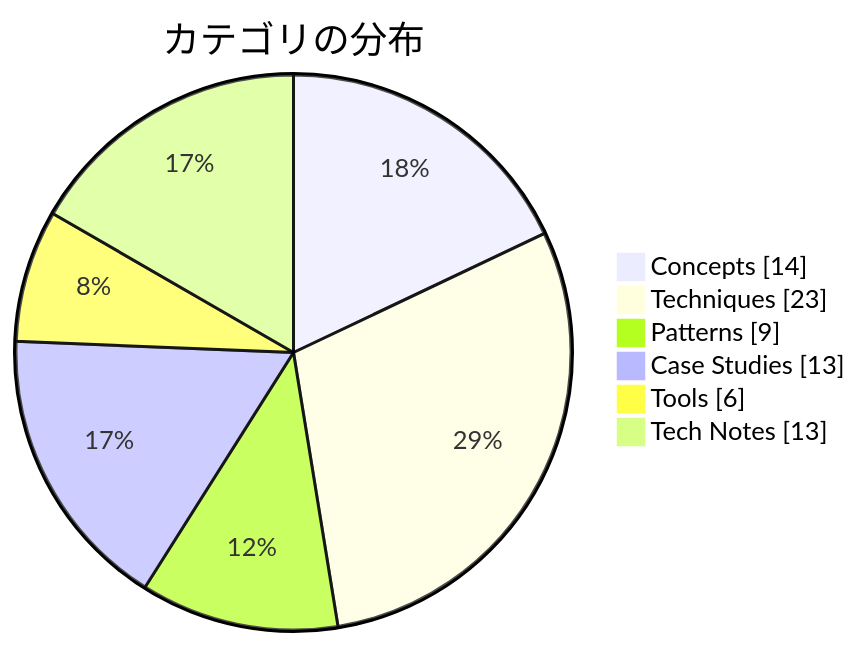
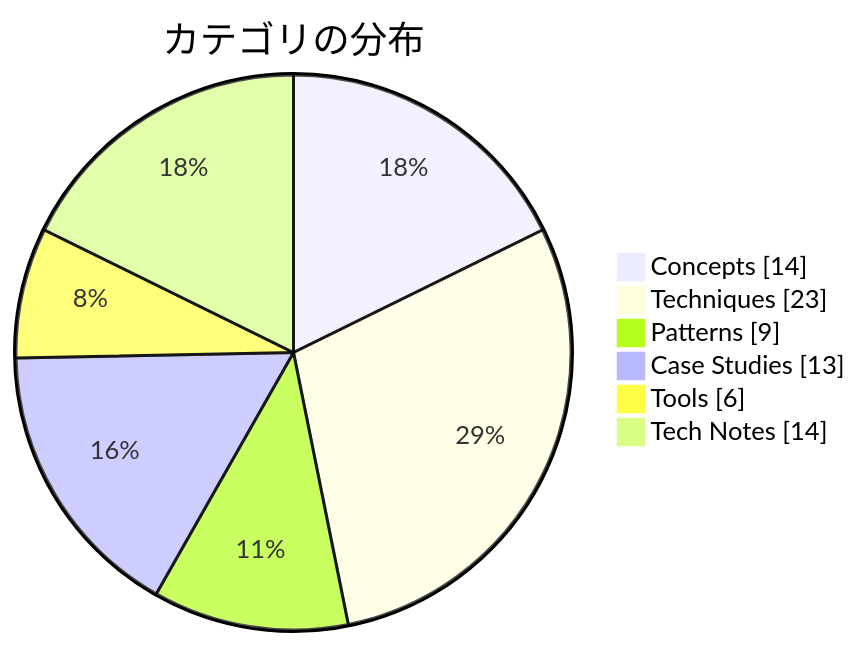
Before and after one commit to dinekt/dinekt-wiki: the second of 2 diagrams in docs/index.md, drawn with Mermaid. The commit also changed other lines of this file and 7 other files, not shown here.

````diff
--- a/docs/index.md
+++ b/docs/index.md
@@ -37,9 +37,9 @@
 ```mermaid
 pie showData title カテゴリの分布
     "Concepts" : 14
     "Techniques" : 23
     "Patterns" : 9
     "Case Studies" : 13
     "Tools" : 6
-    "Tech Notes" : 13
+    "Tech Notes" : 14
 ```
````
